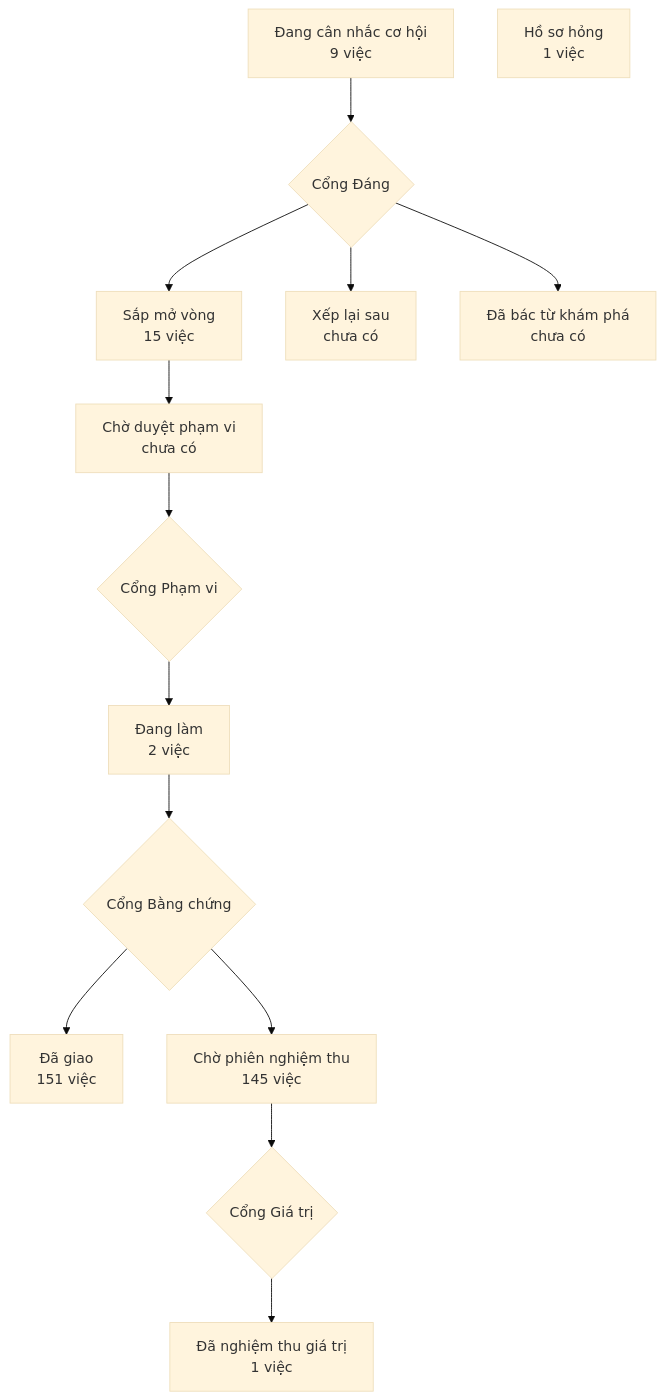
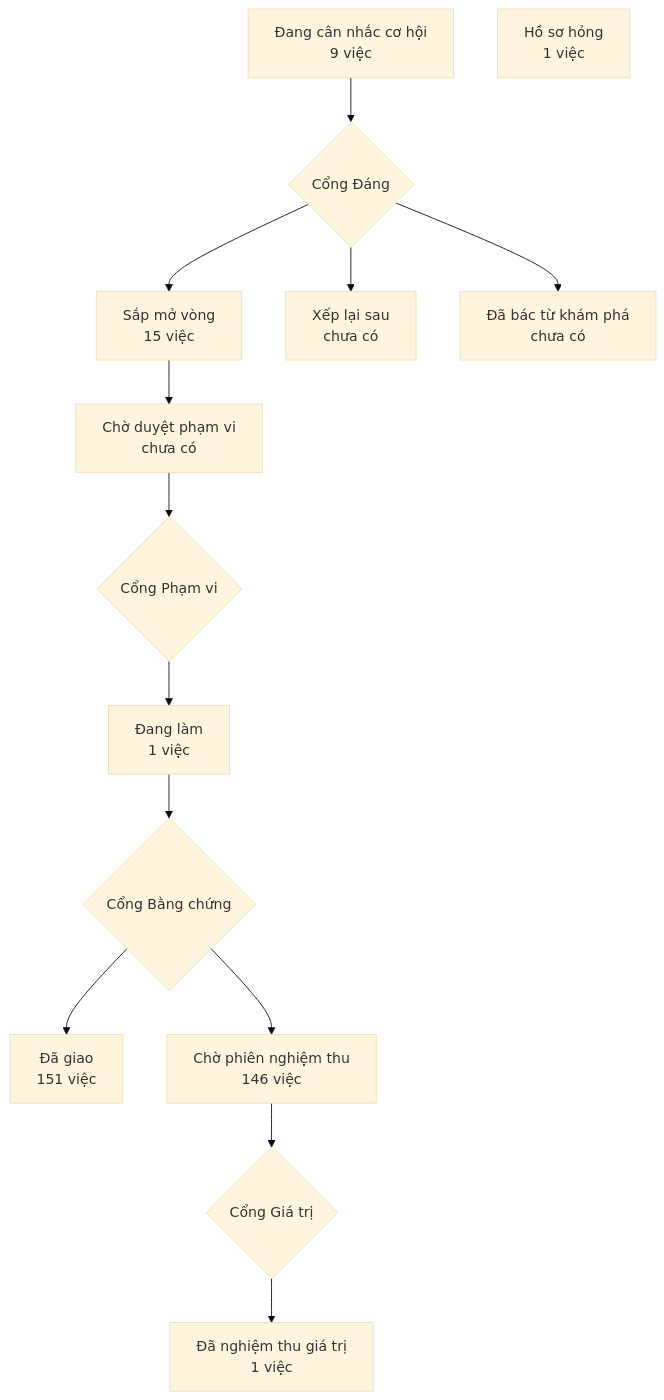
The diagram in PRODUCT-MAP.md (phanlemanh/crm-onehub), drawn with Mermaid (base theme) before and after one commit. The commit also changed 4 other files, not shown here.

````diff
--- a/PRODUCT-MAP.md
+++ b/PRODUCT-MAP.md
@@ -7,13 +7,13 @@
 ```mermaid
 flowchart TD
   A["Đang cân nhắc cơ hội<br/>9 việc"] --> GD{"Cổng Đáng"}
   GD --> B["Sắp mở vòng<br/>15 việc"]
   GD --> XL["Xếp lại sau<br/>chưa có"]
   GD --> DB["Đã bác từ khám phá<br/>chưa có"]
   B --> CD["Chờ duyệt phạm vi<br/>chưa có"] --> GP{"Cổng Phạm vi"}
-  GP --> DL["Đang làm<br/>2 việc"] --> GB{"Cổng Bằng chứng"}
+  GP --> DL["Đang làm<br/>1 việc"] --> GB{"Cổng Bằng chứng"}
   GB --> DG["Đã giao<br/>151 việc"]
-  GB --> CN["Chờ phiên nghiệm thu<br/>145 việc"] --> GG{"Cổng Giá trị"}
+  GB --> CN["Chờ phiên nghiệm thu<br/>146 việc"] --> GG{"Cổng Giá trị"}
   GG --> NT["Đã nghiệm thu giá trị<br/>1 việc"]
   HS["Hồ sơ hỏng<br/>1 việc"]
 ```
````
